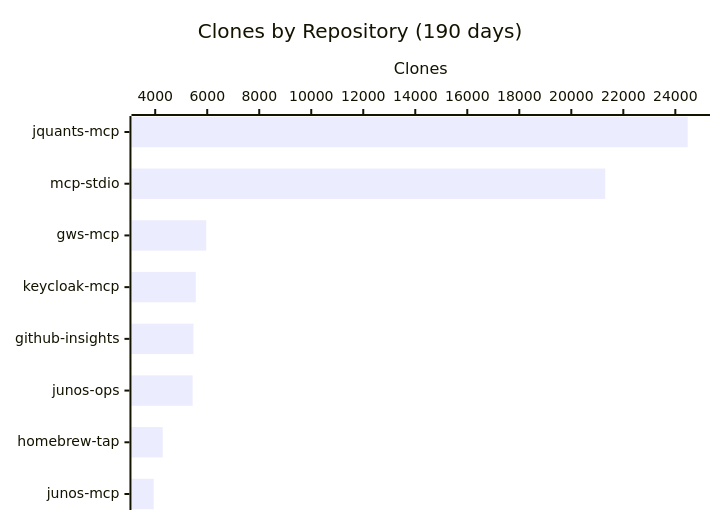
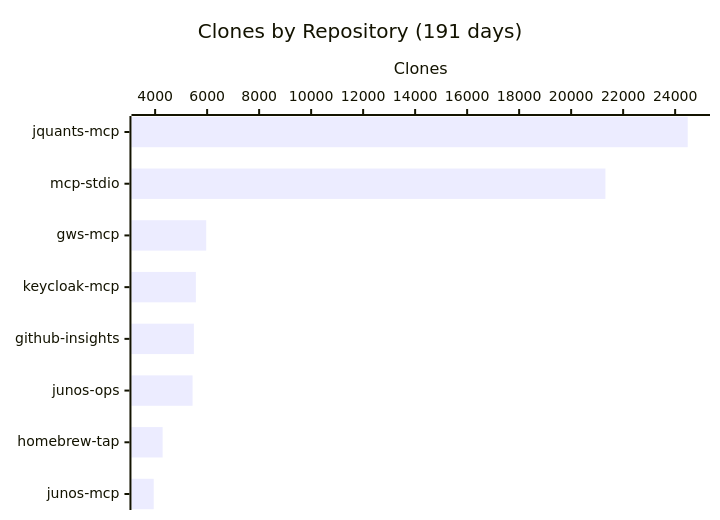
One commit to shigechika/github-insights changed the fourth of 4 diagrams in README.md. Above: the diagram before and after it, drawn with Mermaid. The commit also changed other lines of this file and 2 other files, not shown here.

````diff
--- a/README.md
+++ b/README.md
@@ -58,7 +58,7 @@
 ```mermaid
 xychart-beta horizontal
-    title "Clones by Repository (190 days)"
+    title "Clones by Repository (191 days)"
     x-axis ["jquants-mcp", "mcp-stdio", "gws-mcp", "keycloak-mcp", "github-insights", "junos-ops", "homebrew-tap", "junos-mcp"]
     y-axis "Clones"
-    bar [24477, 21305, 5961, 5561, 5472, 5438, 4287, 3943]
+    bar [24484, 21319, 5965, 5567, 5490, 5439, 4288, 3946]
 ```
````
